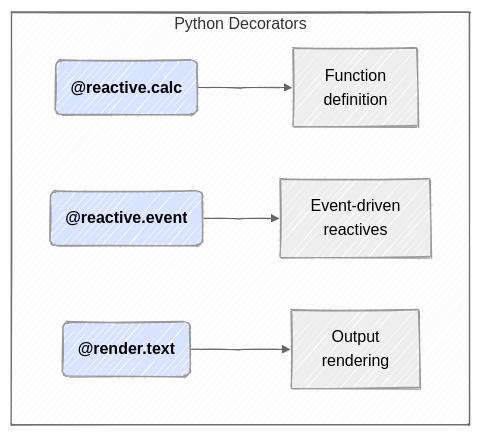
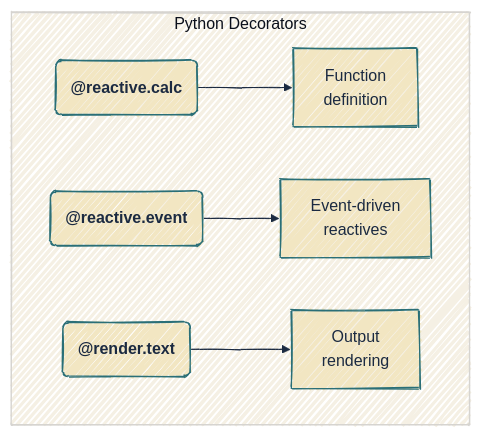
Before and after one commit to mjfrigaard/do4ds-labs: the fifth of 7 diagrams in py-app-api.qmd, drawn with Mermaid. The commit also changed other lines of this file and 88 other files, not shown here.

````diff
--- a/py-app-api.qmd
+++ b/py-app-api.qmd
@@ -733,15 +733,12 @@
 ```{mermaid}
-%%{init: {'theme': 'neutral', 'look': 'handDrawn', 'themeVariables': { 'fontFamily': 'monospace'}}}%%
+%%{init: {'theme': 'base', 'look': 'handDrawn', 'themeVariables': { 'fontFamily': 'monospace', 'primaryColor': '#F2E6C2', 'primaryBorderColor': '#2A6F77', 'primaryTextColor': '#1B2A41', 'secondaryColor': '#d4e7e4', 'tertiaryColor': '#f5f0e4', 'lineColor': '#1B2A41', 'edgeLabelBackground': '#F2E6C2'}}}%%
 
 graph TD
     subgraph "Python Decorators"
         A("<strong>@reactive.calc</strong>") --> B[Function<br>definition]
         C("<strong>@reactive.event</strong>") --> D["Event-driven<br>reactives"]
         E("<strong>@render.text</strong>") --> F["Output<br>rendering"]
     end
     
     %% style A fill:#e1f5fe
-    style A fill:#d8e4ff,color:#000
-    style C fill:#d8e4ff,color:#000
-    style E fill:#d8e4ff,color:#000
 ```
````
